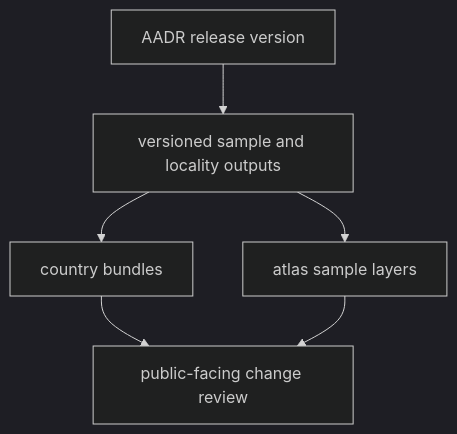
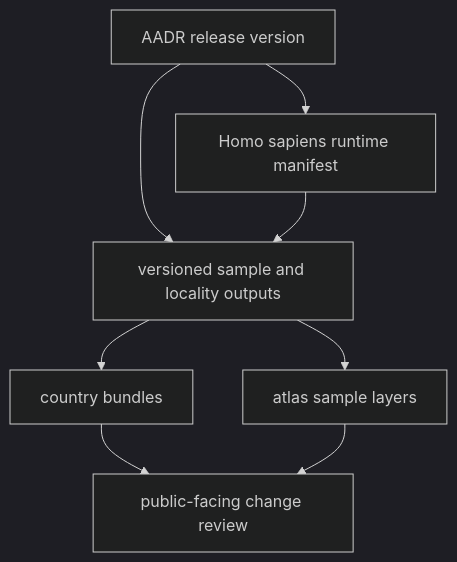
One commit to bijux/bijux-pollenomics changed the diagram in docs/02-bijux-pollenomics-data/outputs/normalized-aadr.md. Above: the diagram before and after it, drawn with Mermaid (dark theme). The commit also changed other lines of this file and 7 other files, not shown here.

````diff
--- a/docs/02-bijux-pollenomics-data/outputs/normalized-aadr.md
+++ b/docs/02-bijux-pollenomics-data/outputs/normalized-aadr.md
@@ -16,14 +18,17 @@
 ```mermaid
 flowchart TB
     upstream["AADR release version"]
+    species["Homo sapiens runtime manifest"]
     normalized["versioned sample and locality outputs"]
     reports["country bundles"]
     atlas["atlas sample layers"]
     review["public-facing change review"]
 
     upstream --> normalized
+    upstream --> species
+    species --> normalized
     normalized --> reports
     normalized --> atlas
     reports --> review
     atlas --> review
 ```
````
